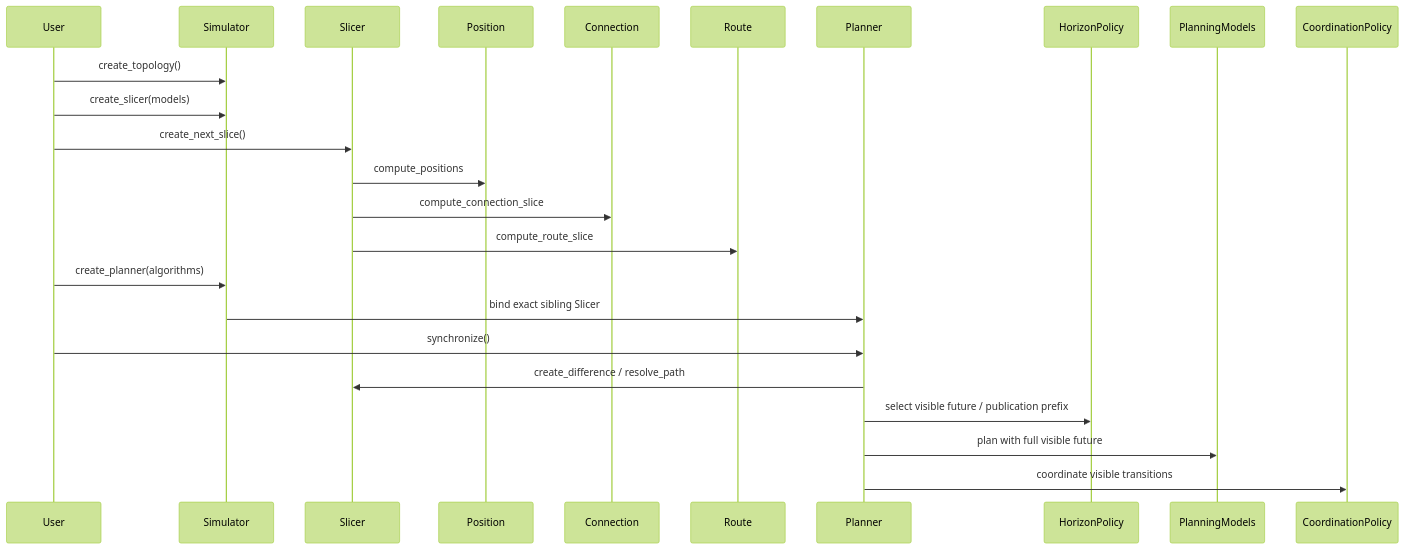
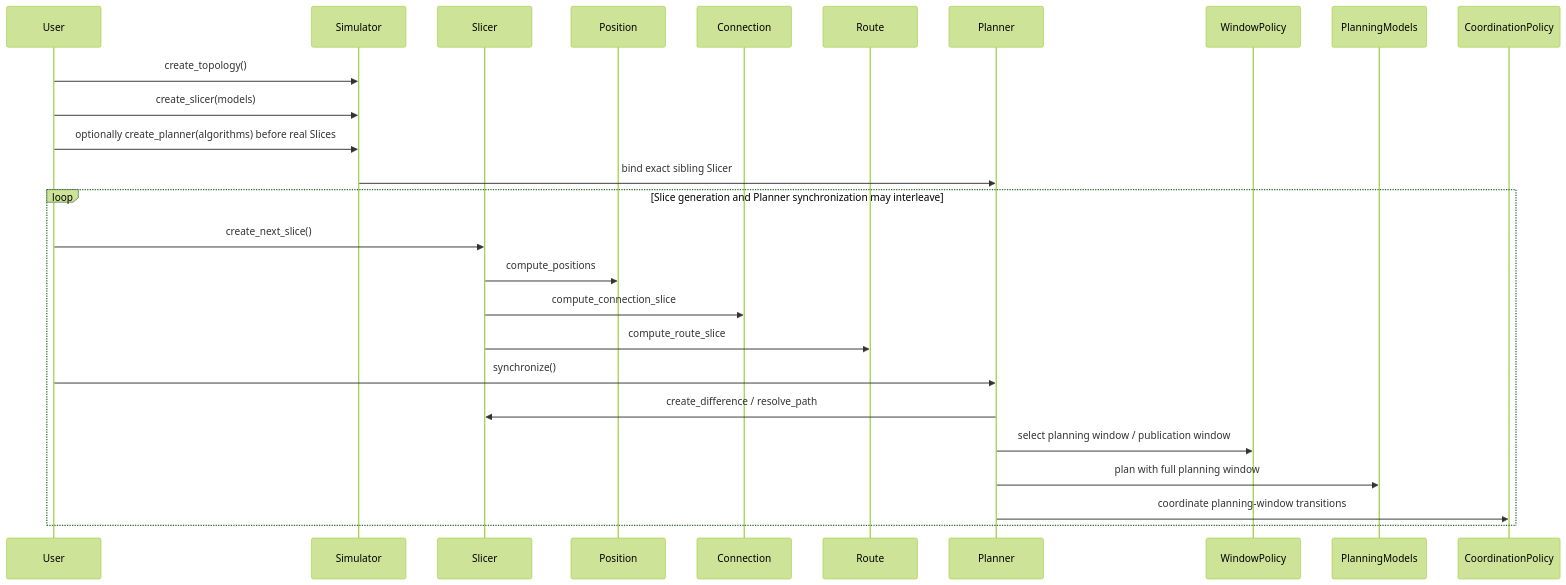
The second of 2 diagrams in skyseed_v2/docs/human-readable/simulator-chain.md (seed-labs/skyseed), drawn with Mermaid (forest theme) before and after one commit. The commit also changed other lines of this file and 145 other files, not shown here.

````diff
--- a/skyseed_v2/docs/human-readable/simulator-chain.md
+++ b/skyseed_v2/docs/human-readable/simulator-chain.md
@@ -25,26 +28,28 @@
 ```mermaid
 sequenceDiagram
     participant User
     participant Simulator
     participant Slicer
     participant Position
     participant Connection
     participant Route
     participant Planner
-    participant HorizonPolicy
+    participant WindowPolicy
     participant PlanningModels
     participant CoordinationPolicy
     User->>Simulator: create_topology()
     User->>Simulator: create_slicer(models)
-    User->>Slicer: create_next_slice()
-    Slicer->>Position: compute_positions
-    Slicer->>Connection: compute_connection_slice
-    Slicer->>Route: compute_route_slice
-    User->>Simulator: create_planner(algorithms)
+    User->>Simulator: optionally create_planner(algorithms) before real Slices
     Simulator->>Planner: bind exact sibling Slicer
-    User->>Planner: synchronize()
-    Planner->>Slicer: create_difference / resolve_path
-    Planner->>HorizonPolicy: select visible future / publication prefix
-    Planner->>PlanningModels: plan with full visible future
-    Planner->>CoordinationPolicy: coordinate visible transitions
+    loop Slice generation and Planner synchronization may interleave
+        User->>Slicer: create_next_slice()
+        Slicer->>Position: compute_positions
+        Slicer->>Connection: compute_connection_slice
+        Slicer->>Route: compute_route_slice
+        User->>Planner: synchronize()
+        Planner->>Slicer: create_difference / resolve_path
+        Planner->>WindowPolicy: select planning window / publication window
+        Planner->>PlanningModels: plan with full planning window
+        Planner->>CoordinationPolicy: coordinate planning-window transitions
+    end
 ```
````
